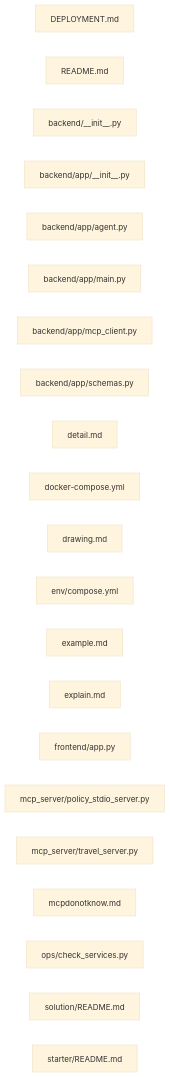
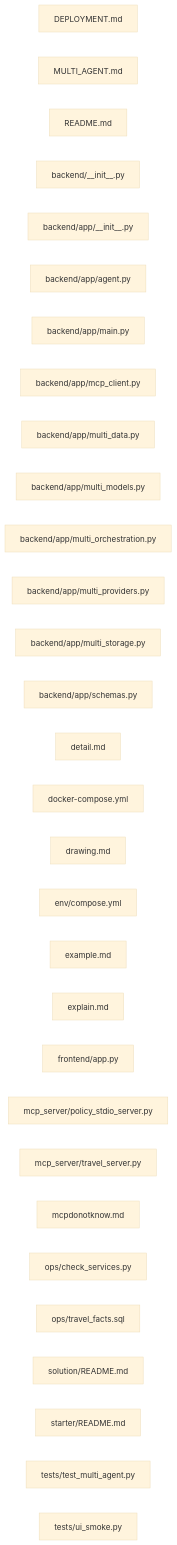
Before and after one commit to Lui02372/mini_agent_03_mcp: the diagram in docs/codevisualization/files.mmd, drawn with Mermaid (base theme). The commit also changed 30 other files, not shown here.

Commit message:
Add four-role travel orchestration and separate run history storage

```diff
--- a/docs/codevisualization/files.mmd
+++ b/docs/codevisualization/files.mmd
@@ -1,22 +1,31 @@
 flowchart LR
  n0["DEPLOYMENT.md"]
- n1["README.md"]
- n2["backend/__init__.py"]
- n3["backend/app/__init__.py"]
- n4["backend/app/agent.py"]
- n5["backend/app/main.py"]
- n6["backend/app/mcp_client.py"]
- n7["backend/app/schemas.py"]
- n8["detail.md"]
- n9["docker-compose.yml"]
- n10["drawing.md"]
- n11["env/compose.yml"]
- n12["example.md"]
- n13["explain.md"]
- n14["frontend/app.py"]
- n15["mcp_server/policy_stdio_server.py"]
- n16["mcp_server/travel_server.py"]
- n17["mcpdonotknow.md"]
- n18["ops/check_services.py"]
- n19["solution/README.md"]
- n20["starter/README.md"]
+ n1["MULTI_AGENT.md"]
+ n2["README.md"]
+ n3["backend/__init__.py"]
+ n4["backend/app/__init__.py"]
+ n5["backend/app/agent.py"]
+ n6["backend/app/main.py"]
+ n7["backend/app/mcp_client.py"]
+ n8["backend/app/multi_data.py"]
+ n9["backend/app/multi_models.py"]
+ n10["backend/app/multi_orchestration.py"]
+ n11["backend/app/multi_providers.py"]
+ n12["backend/app/multi_storage.py"]
+ n13["backend/app/schemas.py"]
+ n14["detail.md"]
+ n15["docker-compose.yml"]
+ n16["drawing.md"]
+ n17["env/compose.yml"]
+ n18["example.md"]
+ n19["explain.md"]
+ n20["frontend/app.py"]
+ n21["mcp_server/policy_stdio_server.py"]
+ n22["mcp_server/travel_server.py"]
+ n23["mcpdonotknow.md"]
+ n24["ops/check_services.py"]
+ n25["ops/travel_facts.sql"]
+ n26["solution/README.md"]
+ n27["starter/README.md"]
+ n28["tests/test_multi_agent.py"]
+ n29["tests/ui_smoke.py"]
```
